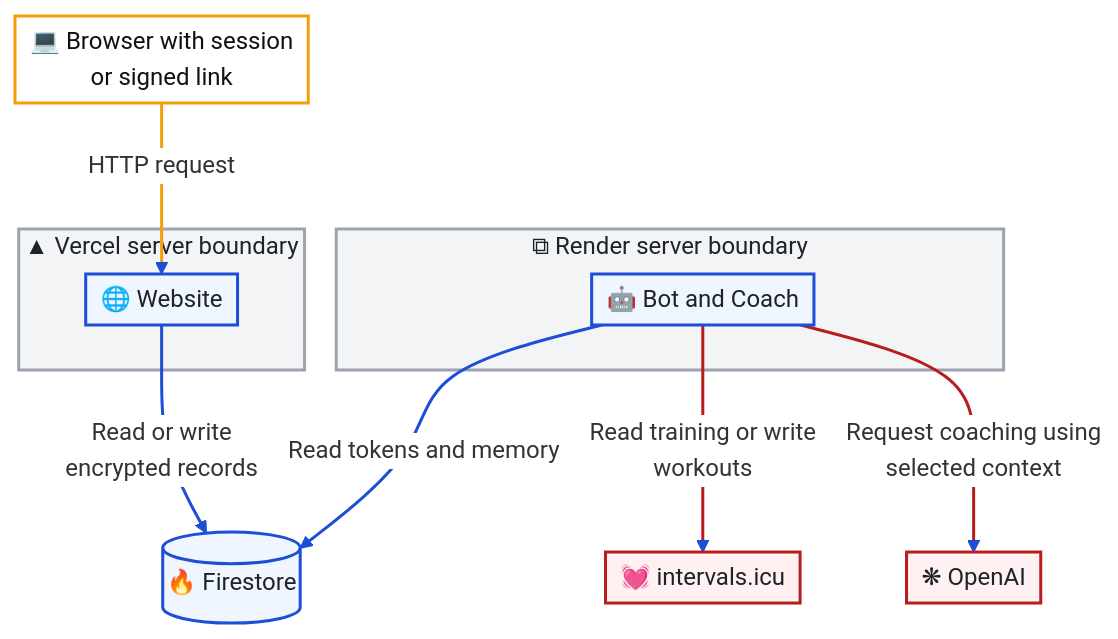
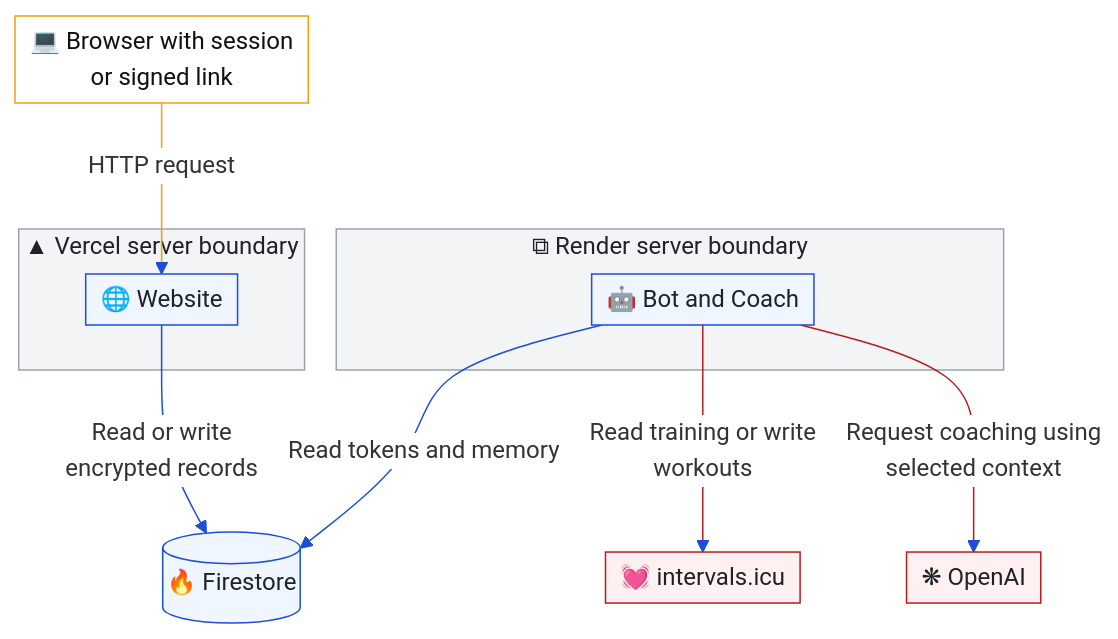
One commit to T00few2/dzr changed the second of 2 diagrams in docs/architecture/security.md. Above: the diagram before and after it, drawn with Mermaid. The commit also changed other lines of this file and 34 other files, not shown here.

Commit message:
docs: use normal strokes and enforce 12px sequence labels

````diff
--- a/docs/architecture/security.md
+++ b/docs/architecture/security.md
@@ -94,41 +96,41 @@
 ```mermaid
 ---
 config:
   theme: base
   themeVariables:
     edgeLabelBackground: '#ffffff'
   themeCSS: |
     .edgeLabel, .edgeLabel p { font-size: 12px !important; }
     :is(&) { background: #ffffff; }
   flowchart:
     padding: 5
     nodeSpacing: 35
     rankSpacing: 60
 ---
 flowchart TB
     browser["💻 Browser with session<br/>or signed link"] -->|HTTP request| web
     subgraph vercel["▲ Vercel server boundary"]
         web["🌐 Website"]
     end
     subgraph render["⧉ Render server boundary"]
         bot["🤖 Bot and Coach"]
     end
     web -->|Read or write<br/>encrypted records| db[("🔥 Firestore")]
     bot -->|Read tokens and memory| db
     bot -->|Read training or write<br/>workouts| intervals["💓 intervals.icu"]
     bot -->|Request coaching using<br/>selected context| openai["❋ OpenAI"]
-    classDef default fill:#eff6ff,stroke:#1d4ed8,stroke-width:2px,color:#1f2328
-    classDef external fill:#fff1f2,stroke:#b91c1c,stroke-width:2px,color:#1f2328
-    linkStyle default stroke:#1d4ed8,stroke-width:2px
+    classDef default fill:#eff6ff,stroke:#1d4ed8,color:#1f2328
+    classDef external fill:#fff1f2,stroke:#b91c1c,color:#1f2328
+    linkStyle default stroke:#1d4ed8
     class intervals,openai external
-    linkStyle 3,4 stroke:#b91c1c,stroke-width:2px
-    style vercel fill:#f3f4f6,stroke:#9ca3af,stroke-width:2px,color:#1f2328
-    style render fill:#f3f4f6,stroke:#9ca3af,stroke-width:2px,color:#1f2328
-    classDef provider0 fill:#ffffff,stroke:#111111,stroke-width:2px,color:#111111
+    linkStyle 3,4 stroke:#b91c1c
+    style vercel fill:#f3f4f6,stroke:#9ca3af,color:#1f2328
+    style render fill:#f3f4f6,stroke:#9ca3af,color:#1f2328
+    classDef provider0 fill:#ffffff,stroke:#111111,color:#111111
     class vercel provider0
-    classDef provider1 fill:#ffffff,stroke:#8A05FF,stroke-width:2px,color:#111111
+    classDef provider1 fill:#ffffff,stroke:#8A05FF,color:#111111
     class render provider1
-    classDef provider4 fill:#ffffff,stroke:#f59e0b,stroke-width:2px,color:#111111
+    classDef provider4 fill:#ffffff,stroke:#f59e0b,color:#111111
     class browser provider4
-    linkStyle 0 stroke:#f59e0b,stroke-width:2px
+    linkStyle 0 stroke:#f59e0b
 ```
````
